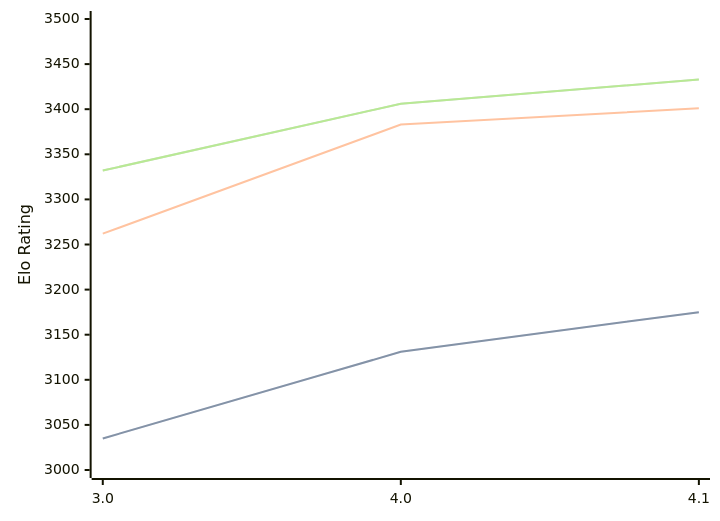
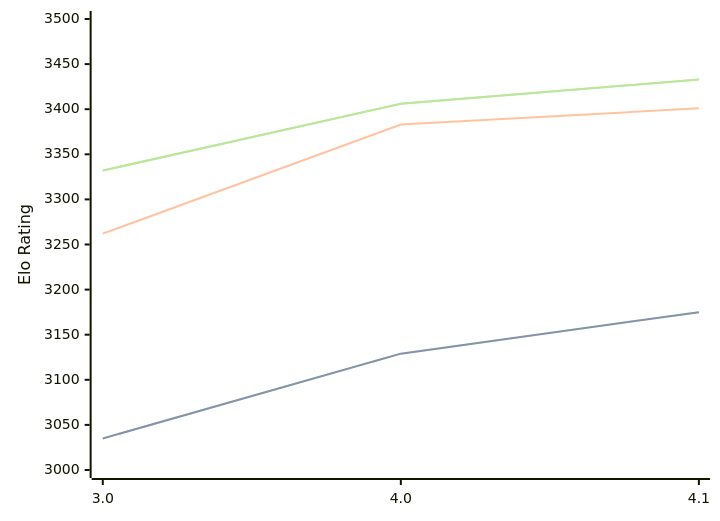
The diagram in engines/Eleanor.md (computer-chess-index/cci), drawn with Mermaid before and after one commit. The commit also changed other lines of this file, not shown here.

````diff
--- a/engines/Eleanor.md
+++ b/engines/Eleanor.md
@@ -33,11 +33,11 @@
 ```mermaid
 %%{init: {"theme":"base","themeVariables":{"seriesColors:['#a3a3a3','#222221','#faa371']}}}%%
 xychart-beta
   x-axis ["3.0", "4.0", "4.1"]
   y-axis "Elo Rating" 3000 --> 3500
-  line "" [3035, 3131, 3175]
-  line "STC (8.0+0.08s)" [3035, 3131, 3175]
+  line "" [3035, 3129, 3175]
+  line "STC (8.0+0.08s)" [3035, 3129, 3175]
   line "LTC (60.0+0.60s)" [3262, 3383, 3401]
   line "" [3332, 3406, 3433]
   line "VLTC (2m24s+1.12s)" [3332, 3406, 3433]
 ```
````
